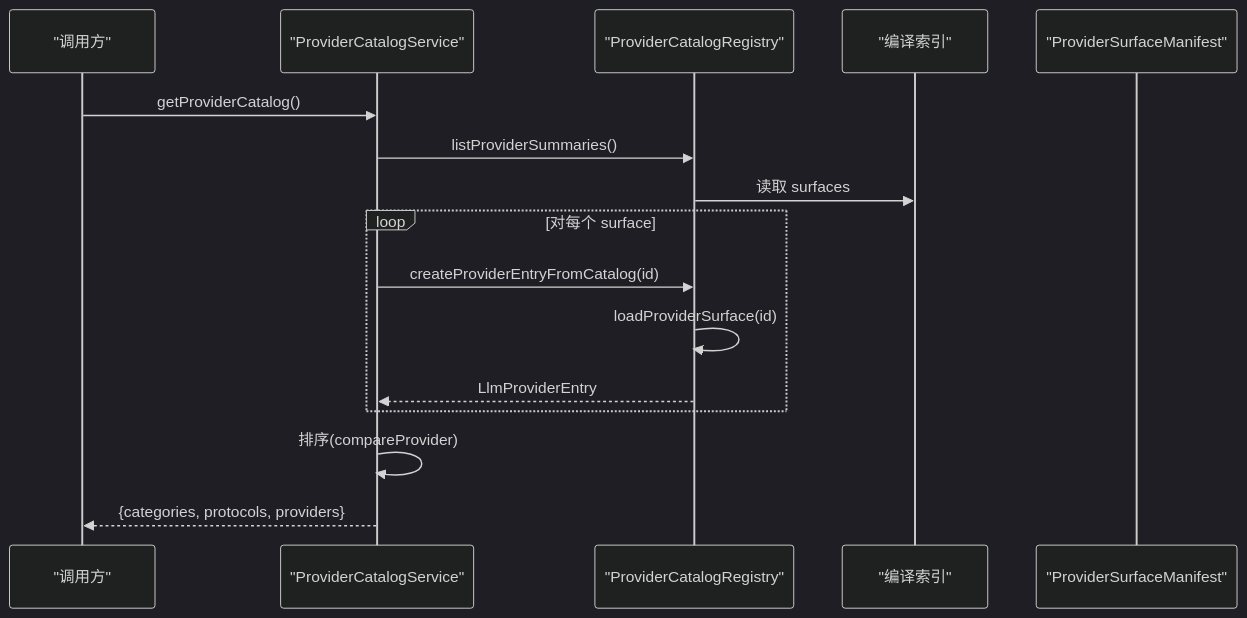
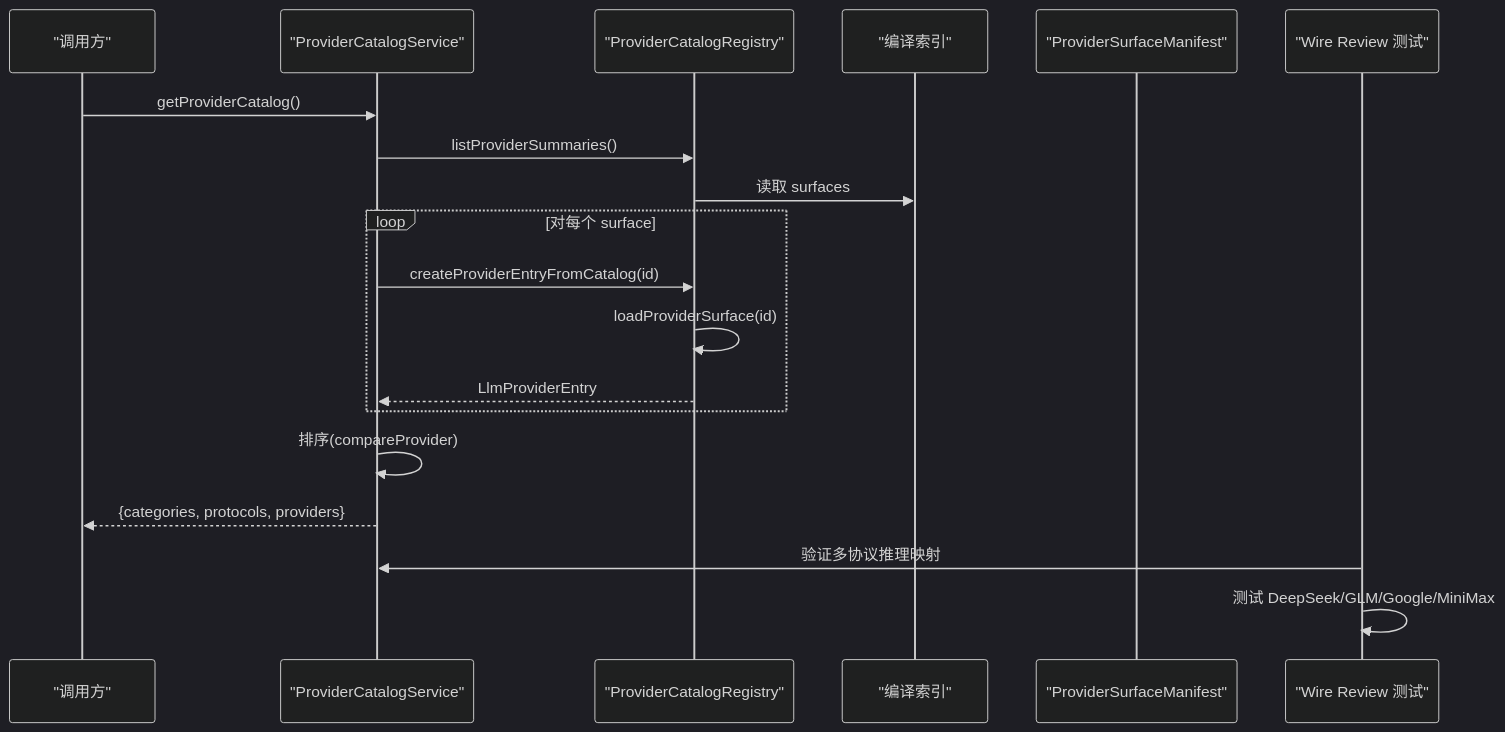
Before and after one commit to haolange/RDC-Agent: the second of 7 diagrams in .qoder/repowiki/zh/content/核心模块/Provider 系统/Provider 目录管理.md, drawn with Mermaid (dark theme). The commit also changed other lines of this file and 80 other files, not shown here.

````diff
--- a/.qoder/repowiki/zh/content/核心模块/Provider 系统/Provider 目录管理.md
+++ b/.qoder/repowiki/zh/content/核心模块/Provider 系统/Provider 目录管理.md
@@ -88,18 +105,21 @@
 ```mermaid
 sequenceDiagram
 participant Caller as "调用方"
 participant Service as "ProviderCatalogService"
 participant Registry as "ProviderCatalogRegistry"
 participant Index as "编译索引"
 participant Surface as "ProviderSurfaceManifest"
+participant WireTest as "Wire Review 测试"
 Caller->>Service : getProviderCatalog()
 Service->>Registry : listProviderSummaries()
 Registry->>Index : 读取 surfaces
 loop 对每个 surface
 Service->>Registry : createProviderEntryFromCatalog(id)
 Registry->>Registry : loadProviderSurface(id)
 Registry-->>Service : LlmProviderEntry
 end
 Service->>Service : 排序(compareProvider)
 Service-->>Caller : {categories, protocols, providers}
+WireTest->>Service : 验证多协议推理映射
+WireTest->>WireTest : 测试 DeepSeek/GLM/Google/MiniMax
 ```
````
